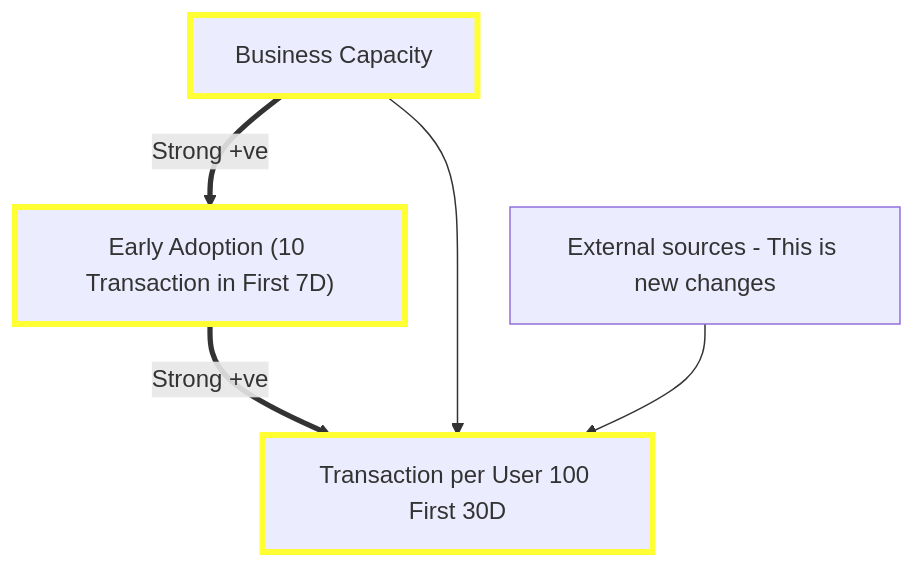
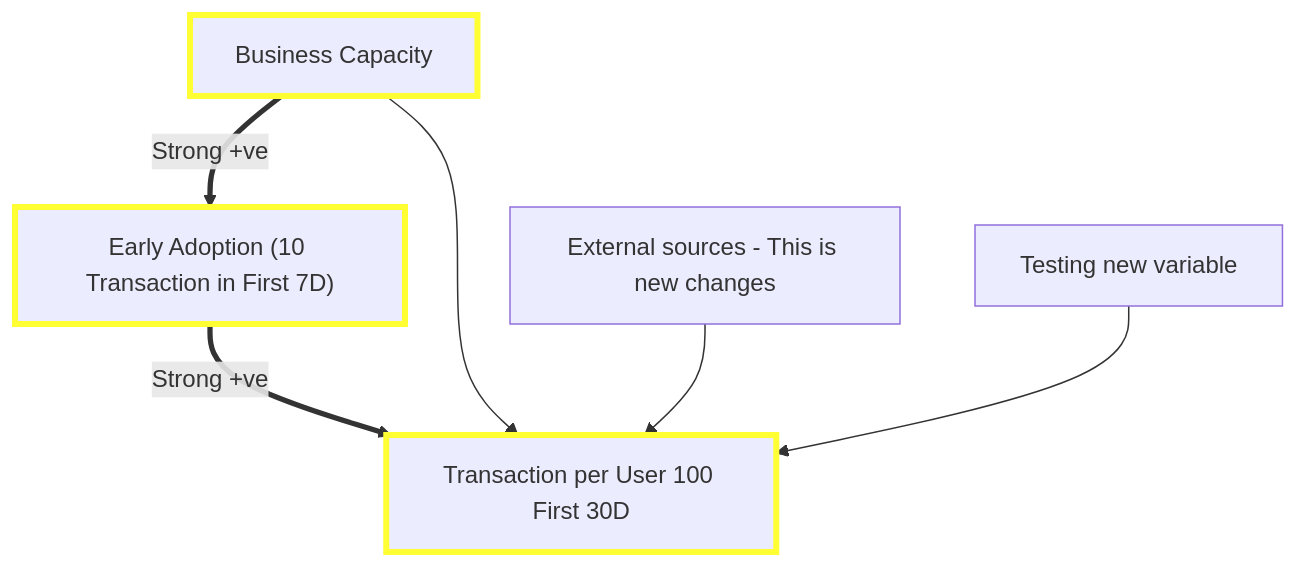
One commit to eralddavid/causal-diagram-test changed the diagram in causal_model.md. Above: the diagram before and after it, drawn with Mermaid.

Commit message:
Added new variable

````diff
--- a/causal_model.md
+++ b/causal_model.md
@@ -1,15 +1,17 @@
 ```mermaid
 graph TD
     A["Early Adoption (10 Transaction in First 7D)"]
     B["Business Capacity"]
     C["External sources - This is new changes"]
     D["Transaction per User 100 First 30D"]
+    E["Testing new variable"]
 
     B ==>|Strong +ve| A
     A ==>|Strong +ve| D
     B --> D
     C --> D
+    E --> D
 
     classDef strongRelation stroke:#ff3,stroke-width:4px;
     class A,B,D strongRelation;
 ```
````
